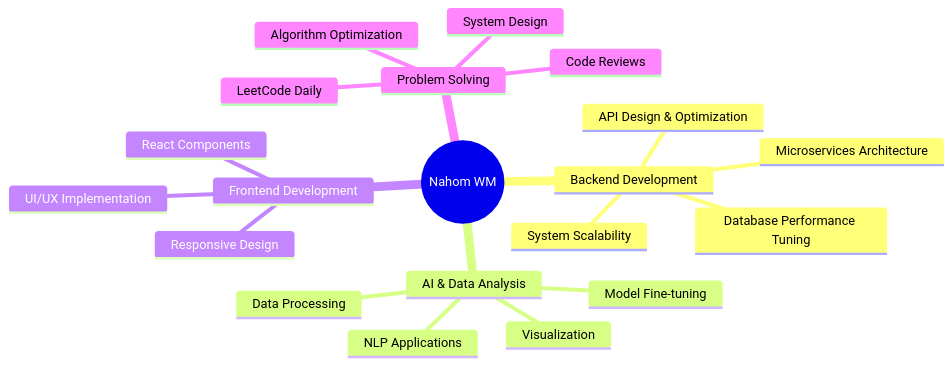
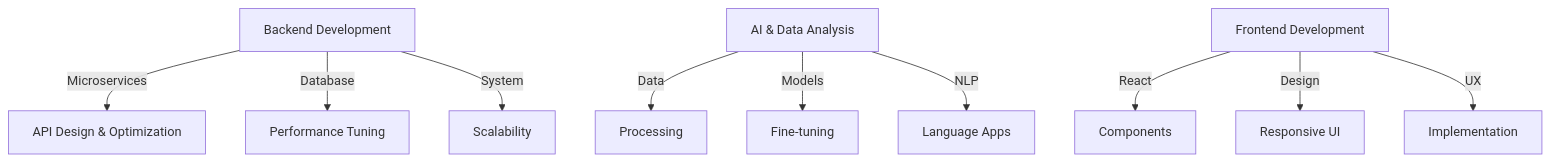
Before and after one commit to nahomWM/nahomWM: the diagram in README.md, drawn with Mermaid. The commit also changed other lines of this file, not shown here.

````diff
--- a/README.md
+++ b/README.md
@@ -114,23 +117,14 @@
 ```mermaid
-mindmap
-  root((Nahom WM))
-    Backend Development
-      Microservices Architecture
-      API Design & Optimization
-      Database Performance Tuning
-      System Scalability
-    AI & Data Analysis
-      Data Processing
-      Model Fine-tuning
-      Visualization
-      NLP Applications
-    Frontend Development
-      React Components
-      Responsive Design
-      UI/UX Implementation
-    Problem Solving
-      LeetCode Daily
-      System Design
-      Algorithm Optimization
-      Code Reviews
+graph TD;
+    BE[Backend Development] -->|Microservices| API[API Design & Optimization];
+    BE -->|Database| DB[Performance Tuning];
+    BE -->|System| SC[Scalability];
+    
+    AI[AI & Data Analysis] -->|Data| DP[Processing];
+    AI -->|Models| FT[Fine-tuning];
+    AI -->|NLP| LP[Language Apps];
+
+    FE[Frontend Development] -->|React| RC[Components];
+    FE -->|Design| RD[Responsive UI];
+    FE -->|UX| UI[Implementation];
 ```
````
